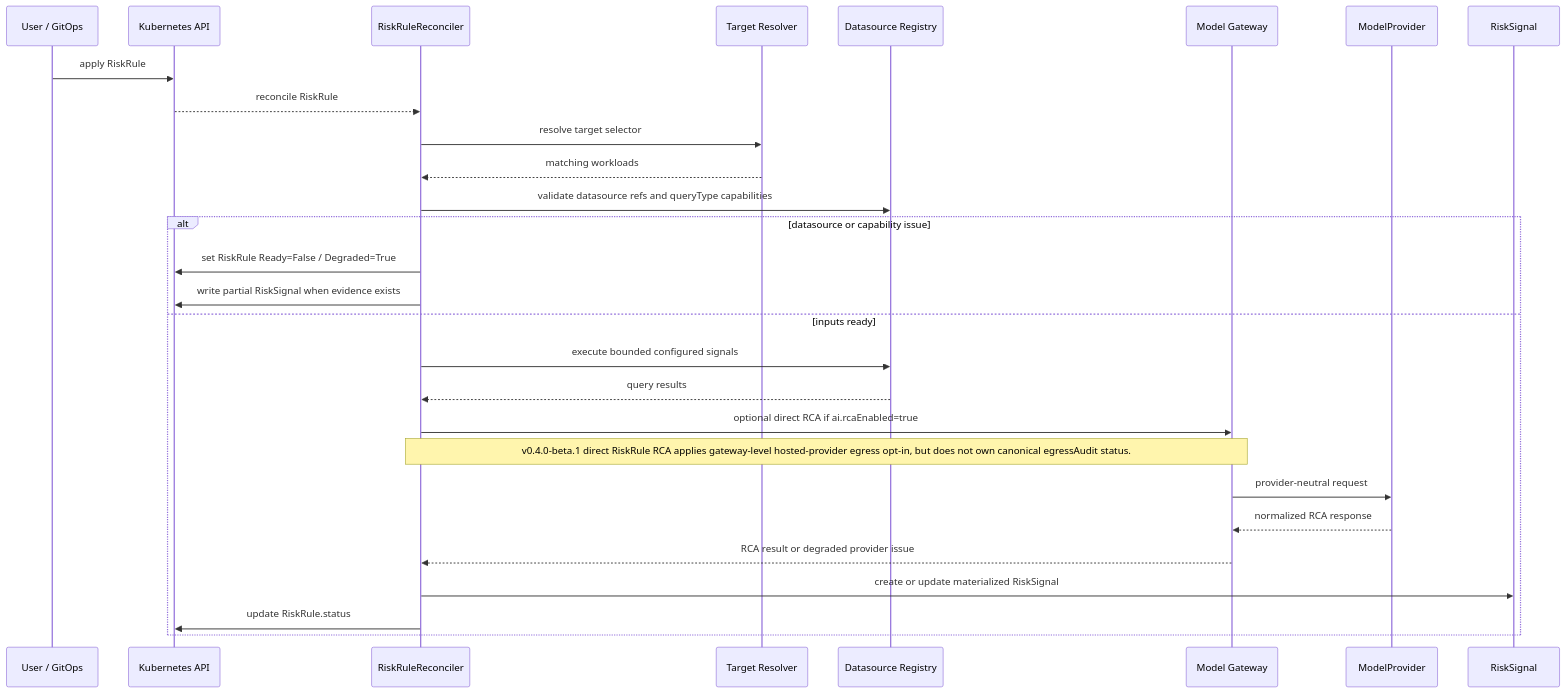
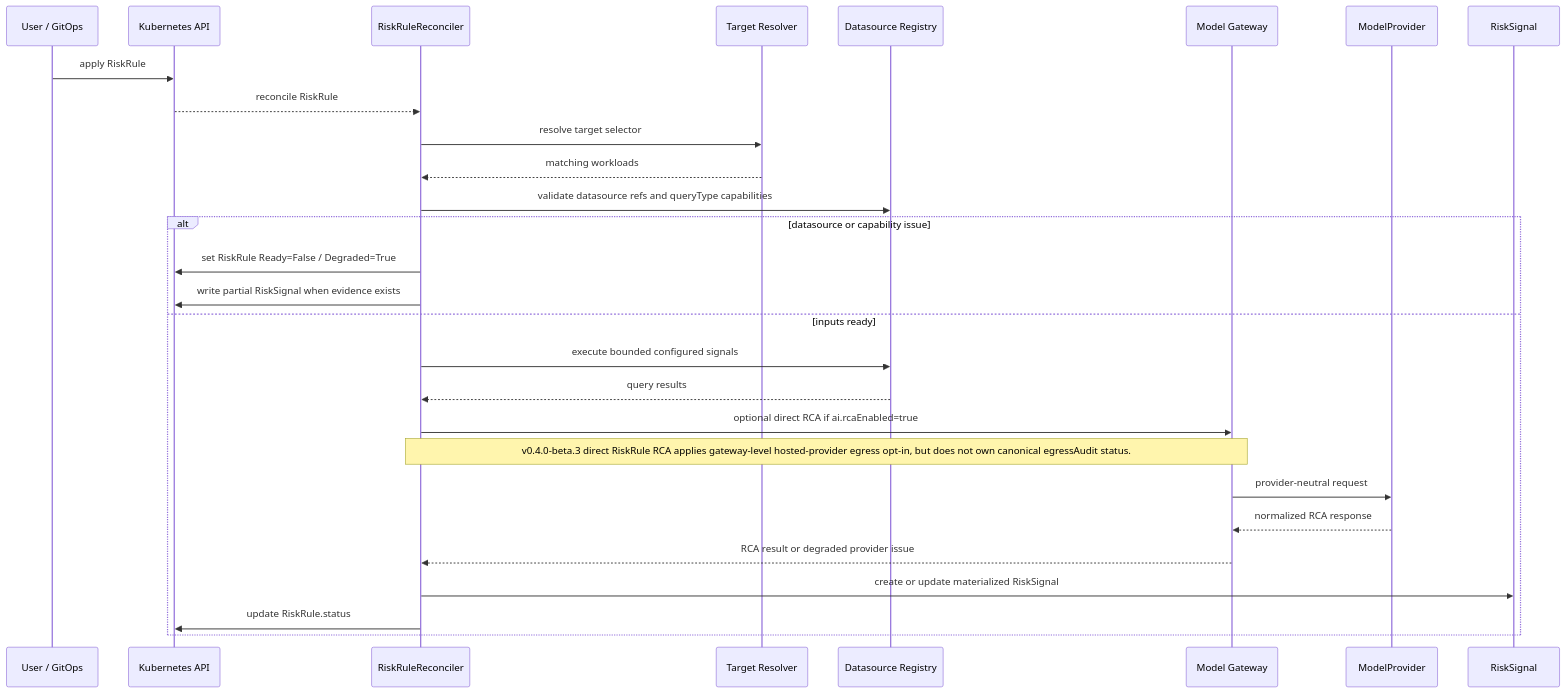
The sixth of 18 diagrams in docs/architecture/mermaid-diagrams.md (FluxSeer/fluxseer-rca), drawn with Mermaid before and after one commit. The commit also changed other lines of this file and 183 other files, not shown here.

````diff
--- a/docs/architecture/mermaid-diagrams.md
+++ b/docs/architecture/mermaid-diagrams.md
@@ -427,31 +431,31 @@
 ```mermaid
 sequenceDiagram
     participant User as User / GitOps
     participant API as Kubernetes API
     participant RR as RiskRuleReconciler
     participant Resolver as Target Resolver
     participant DS as Datasource Registry
     participant GW as Model Gateway
     participant MP as ModelProvider
     participant RS as RiskSignal
 
     User->>API: apply RiskRule
     API-->>RR: reconcile RiskRule
     RR->>Resolver: resolve target selector
     Resolver-->>RR: matching workloads
     RR->>DS: validate datasource refs and queryType capabilities
     alt datasource or capability issue
         RR->>API: set RiskRule Ready=False / Degraded=True
         RR->>API: write partial RiskSignal when evidence exists
     else inputs ready
         RR->>DS: execute bounded configured signals
         DS-->>RR: query results
         RR->>GW: optional direct RCA if ai.rcaEnabled=true
-        Note over RR,GW: v0.4.0-beta.1 direct RiskRule RCA applies gateway-level hosted-provider egress opt-in, but does not own canonical egressAudit status.
+        Note over RR,GW: v0.4.0-beta.3 direct RiskRule RCA applies gateway-level hosted-provider egress opt-in, but does not own canonical egressAudit status.
         GW->>MP: provider-neutral request
         MP-->>GW: normalized RCA response
         GW-->>RR: RCA result or degraded provider issue
         RR->>RS: create or update materialized RiskSignal
         RR->>API: update RiskRule.status
     end
 ```
````
